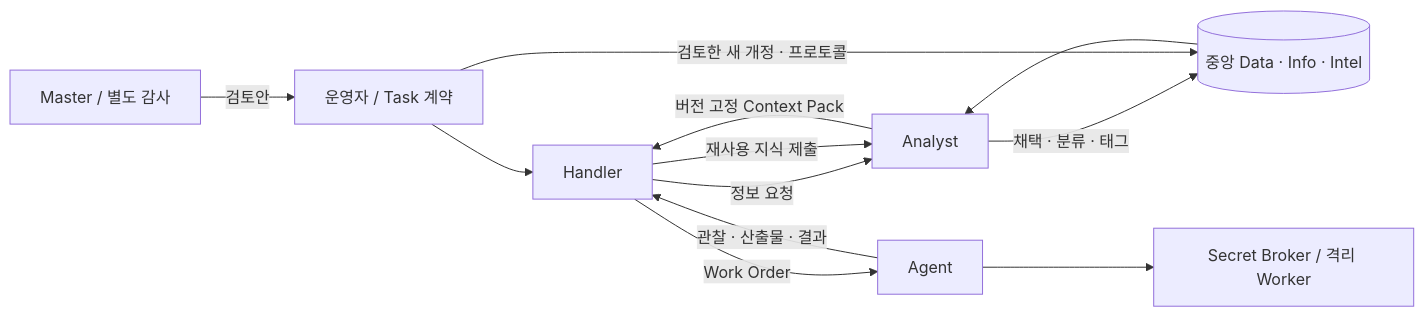
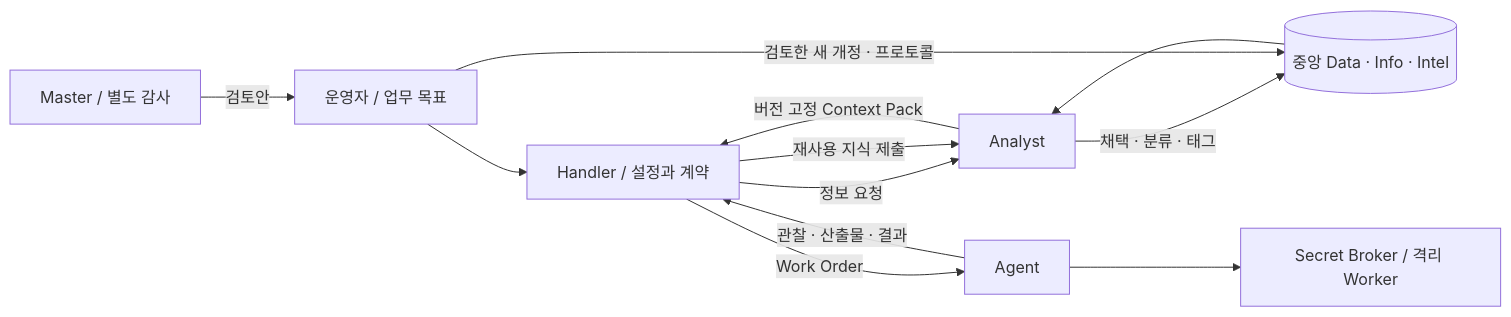
Before and after one commit to Fenrindale/echelon-nano: the diagram in docs/BETA.md, drawn with Mermaid. The commit also changed other lines of this file and 14 other files, not shown here.

````diff
--- a/docs/BETA.md
+++ b/docs/BETA.md
@@ -16,14 +16,14 @@
 ```mermaid
 flowchart LR
-  U[운영자 / Task 계약] --> H[Handler]
+  U[운영자 / 업무 목표] --> H[Handler / 설정과 계약]
   H -->|정보 요청| A[Analyst]
   K[(중앙 Data · Info · Intel)] --> A
   A -->|버전 고정 Context Pack| H
   H -->|Work Order| G[Agent]
   G --> B[Secret Broker / 격리 Worker]
   G -->|관찰 · 산출물 · 결과| H
   H -->|재사용 지식 제출| A
   A -->|채택 · 분류 · 태그| K
   M[Master / 별도 감사] -->|검토안| U
   U -->|검토한 새 개정 · 프로토콜| K
 ```
````
